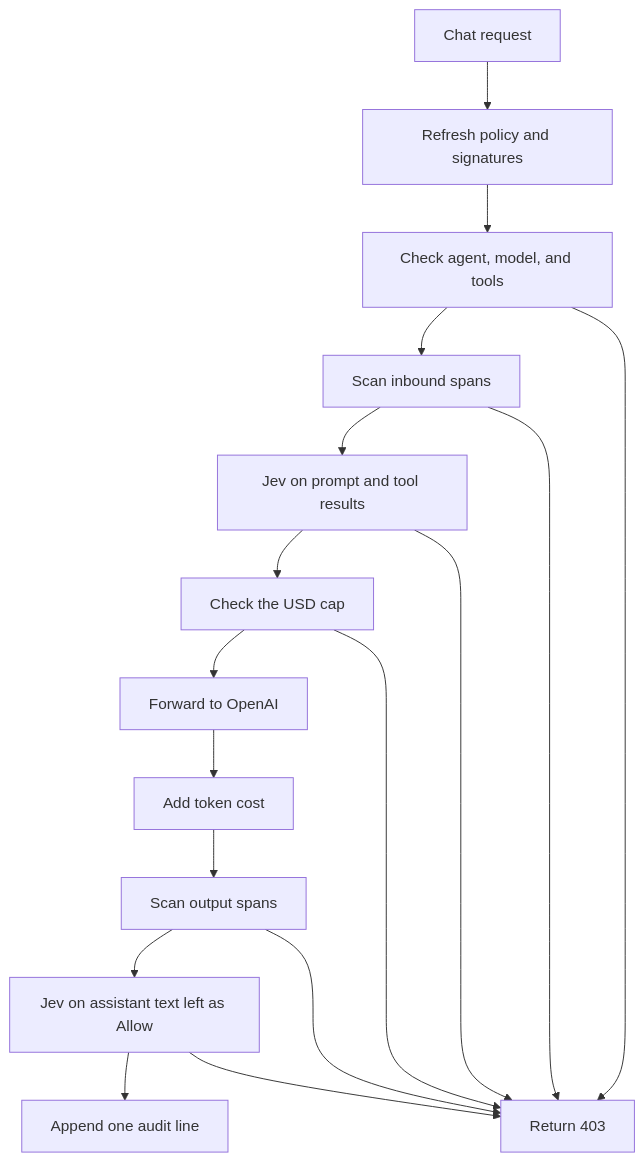
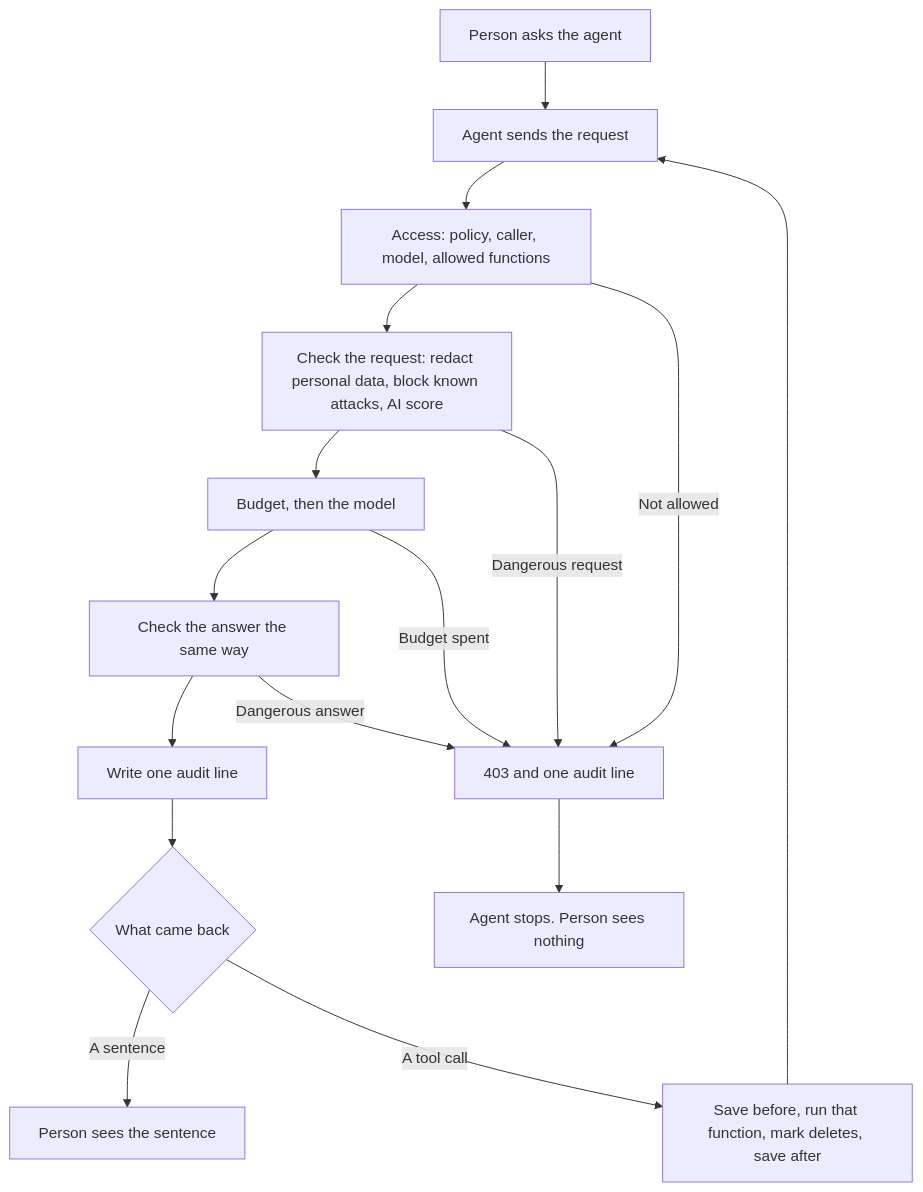
The diagram in README.md (KrzysztofStaron/hackyeah2026), drawn with Mermaid before and after one commit. The commit also changed other lines of this file and 38 other files, not shown here.

````diff
--- a/README.md
+++ b/README.md
@@ -47,19 +49,19 @@
 ```mermaid
 flowchart TD
-  request[Chat request] --> refresh[Refresh policy and signatures]
-  refresh --> gate[Check agent, model, and tools]
-  gate --> inbound[Scan inbound spans]
-  inbound --> jevIn[Jev on prompt and tool results]
-  jevIn --> cap[Check the USD cap]
-  cap --> openai[Forward to OpenAI]
-  openai --> charge[Add token cost]
-  charge --> outbound[Scan output spans]
-  outbound --> jevOut[Jev on assistant text left as Allow]
-  jevOut --> audit[Append one audit line]
-  gate --> blocked[Return 403]
-  inbound --> blocked
-  jevIn --> blocked
-  cap --> blocked
-  outbound --> blocked
-  jevOut --> blocked
+  person[Person asks the agent] --> agent[Agent sends the request]
+  agent --> access[Access: policy, caller, model, allowed functions]
+  access --> inbound[Check the request: redact personal data, block known attacks, AI score]
+  inbound --> model[Budget, then the model]
+  model --> outbound[Check the answer the same way]
+  outbound --> log[Write one audit line]
+  log --> kind{What came back}
+  kind -->|A sentence| done[Person sees the sentence]
+  kind -->|A tool call| change[Save before, run that function, mark deletes, save after]
+  change --> agent
+
+  access -->|Not allowed| stop[403 and one audit line]
+  inbound -->|Dangerous request| stop
+  model -->|Budget spent| stop
+  outbound -->|Dangerous answer| stop
+  stop --> ended[Agent stops. Person sees nothing]
 ```
````
